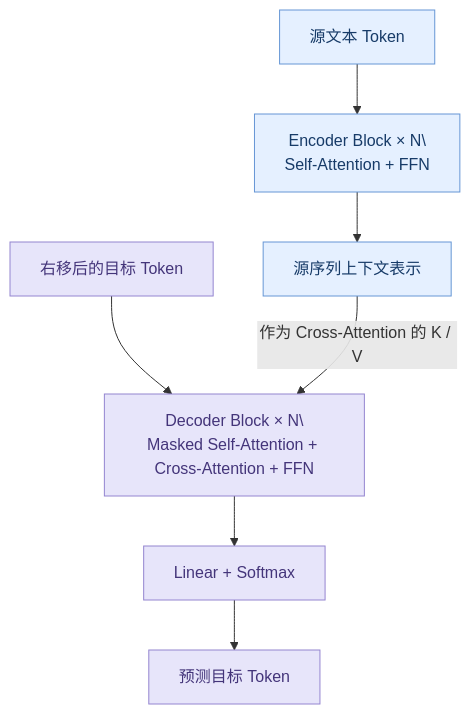
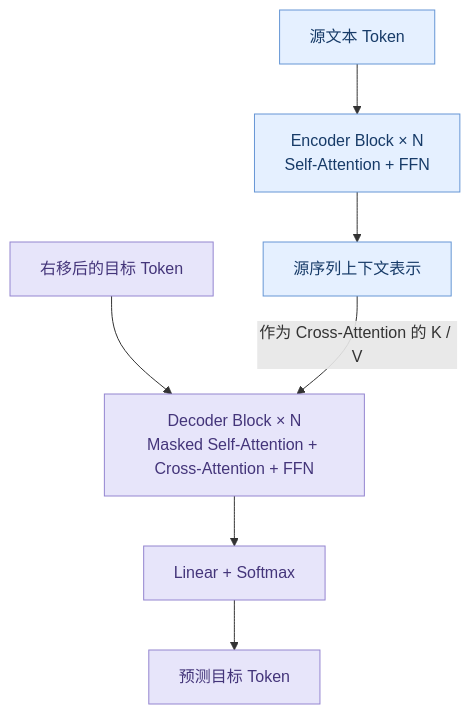
One commit to shufu151/Agent-Engineering-Handbook changed the second of 6 diagrams in 01-LLM-Fundamentals/01-Transformer.md. Above: the diagram before and after it, drawn with Mermaid. The commit also changed other lines of this file, not shown here.

````diff
--- a/01-LLM-Fundamentals/01-Transformer.md
+++ b/01-LLM-Fundamentals/01-Transformer.md
@@ -113,25 +97,23 @@
 ```mermaid
-
 flowchart TB
 
-    IN[源文本 Token] --> EN[Encoder Block × N\<br/>Self-Attention + FFN]
+    IN[源文本 Token] --> EN[Encoder Block × N<br/>Self-Attention + FFN]
 
-    EN --> MEMORY[源序列上下文表示]
+    EN --> MEMORY[源序列上下文表示]
 
-    OUT[右移后的目标 Token] --> DE[Decoder Block × N\<br/>Masked Self-Attention + Cross-Attention + FFN]
+    OUT[右移后的目标 Token] --> DE[Decoder Block × N<br/>Masked Self-Attention + Cross-Attention + FFN]
 
-    MEMORY -->|作为 Cross-Attention 的 K / V| DE
+    MEMORY -->|作为 Cross-Attention 的 K / V| DE
 
-    DE --> LINEAR[Linear + Softmax]
+    DE --> LINEAR[Linear + Softmax]
 
-    LINEAR --> NEXT[预测目标 Token]
+    LINEAR --> NEXT[预测目标 Token]
 
-    classDef enc fill:#e5f0ff,stroke:#6696d5,color:#173b68;
+    classDef enc fill:#e5f0ff,stroke:#6696d5,color:#173b68;
 
-    classDef dec fill:#e7e5fa,stroke:#9485d0,color:#44357a;
+    classDef dec fill:#e7e5fa,stroke:#9485d0,color:#44357a;
 
-    class IN,EN,MEMORY enc;
+    class IN,EN,MEMORY enc;
 
-    class OUT,DE,LINEAR,NEXT dec;
-
+    class OUT,DE,LINEAR,NEXT dec;
 ```
````
